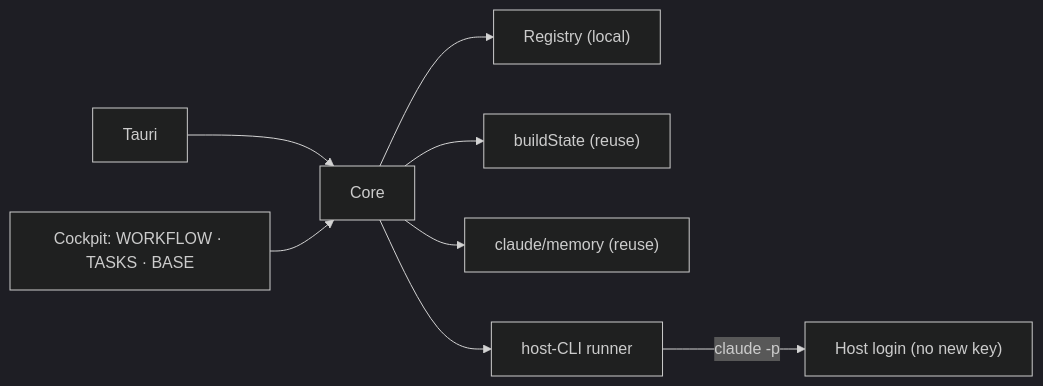
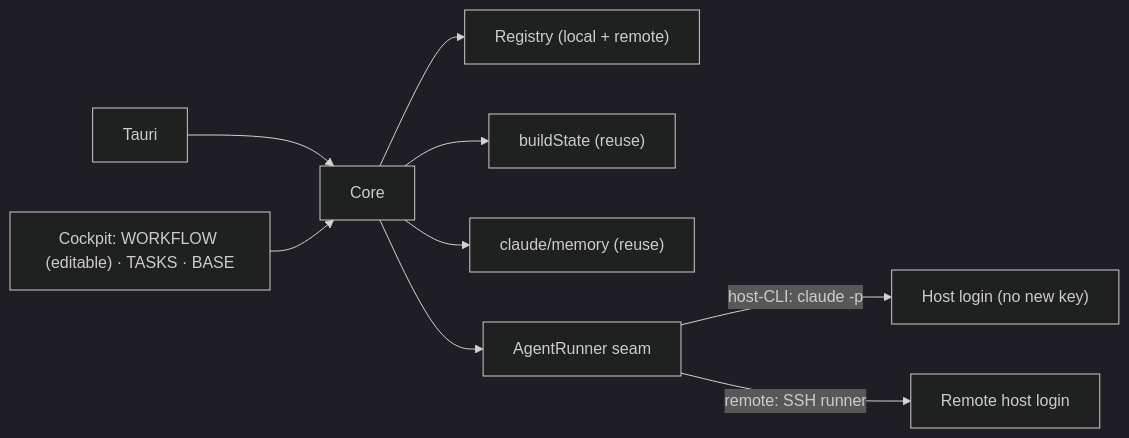
One commit to olehsvyrydov/AI-development-team changed the fifth of 5 diagrams in docs/product-vision/architecture.md. Above: the diagram before and after it, drawn with Mermaid (dark theme). The commit also changed other lines of this file and 1 other file, not shown here.

First line of the commit message:
docs(vision): reconcile architecture + UX with locked decisions

````diff
--- a/docs/product-vision/architecture.md
+++ b/docs/product-vision/architecture.md
@@ -532,10 +559,11 @@
 ```mermaid
 flowchart LR
   Tauri --> Core
-  Core --> Reg["Registry (local)"]
+  Core --> Reg["Registry (local + remote)"]
   Core --> State["buildState (reuse)"]
   Core --> Mem["claude/memory (reuse)"]
-  Core --> Run["host-CLI runner"]
-  UI["Cockpit: WORKFLOW · TASKS · BASE"] --> Core
-  Run -->|claude -p| Host["Host login (no new key)"]
+  Core --> Run["AgentRunner seam"]
+  UI["Cockpit: WORKFLOW (editable) · TASKS · BASE"] --> Core
+  Run -->|host-CLI: claude -p| Host["Host login (no new key)"]
+  Run -->|remote: SSH runner| Remote["Remote host login"]
 ```
````
